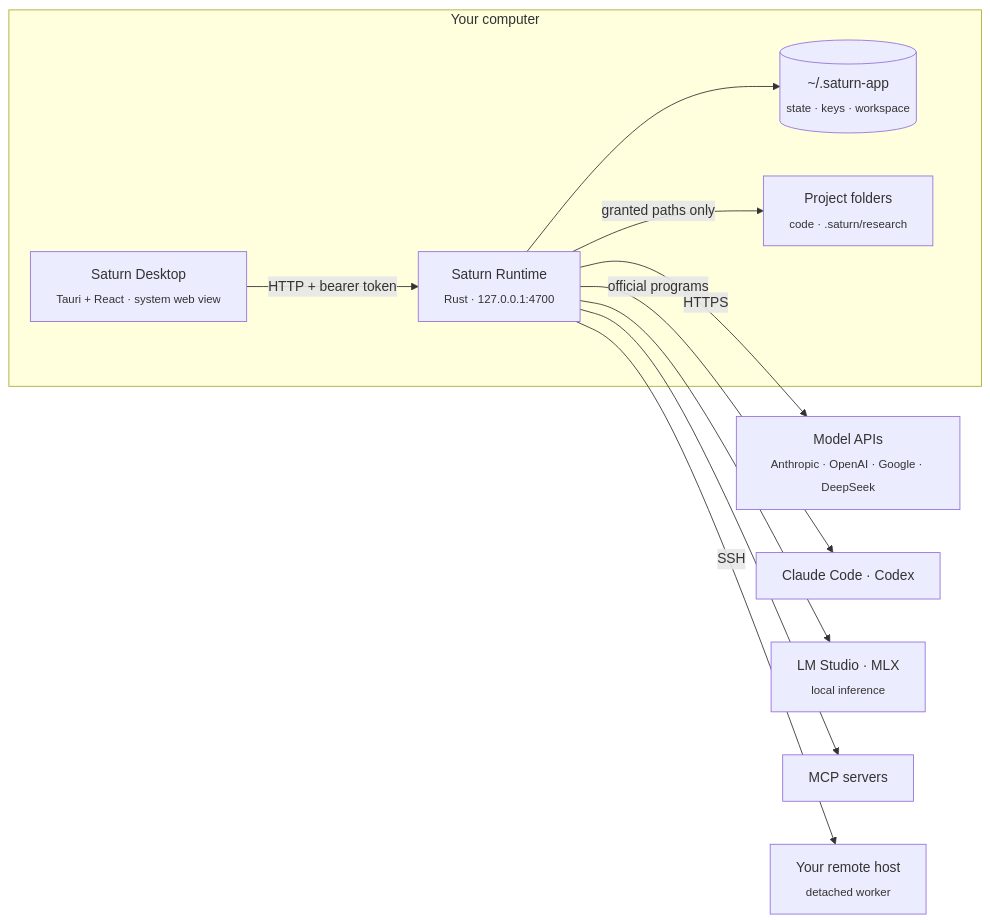
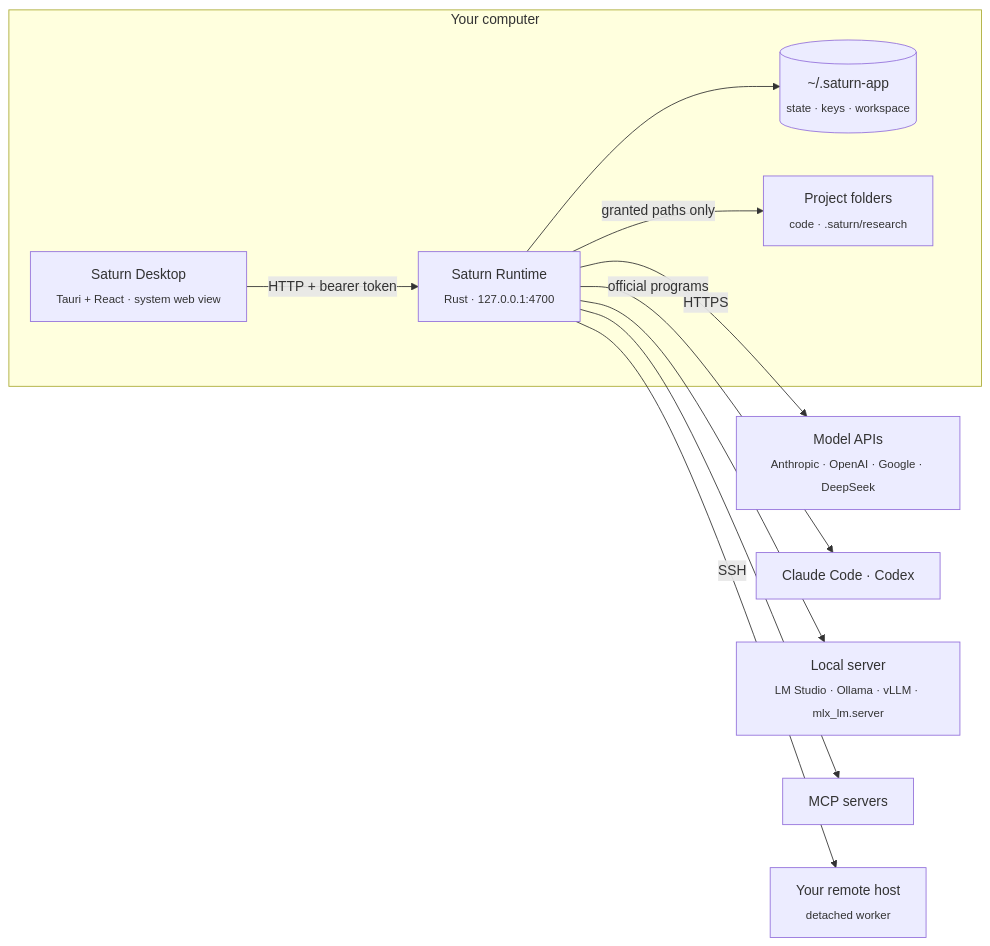
The diagram in README.md (Saturn-Technology-Project/Saturn-App), drawn with Mermaid before and after one commit. The commit also changed other lines of this file and 25 other files, not shown here.

First line of the commit message:
Local server: one provider for every model server on this computer, and MLX is part of it

````diff
--- a/README.md
+++ b/README.md
@@ -212,17 +212,17 @@
 ```mermaid
 flowchart LR
   subgraph Machine["Your computer"]
     D["Saturn Desktop<br/><sub>Tauri + React · system web view</sub>"]
     R["Saturn Runtime<br/><sub>Rust · 127.0.0.1:4700</sub>"]
     S[("~/.saturn-app<br/><sub>state · keys · workspace</sub>")]
     P["Project folders<br/><sub>code · .saturn/research</sub>"]
     D -- "HTTP + bearer token" --> R
     R --> S
     R -- "granted paths only" --> P
   end
   R -- "HTTPS" --> M["Model APIs<br/><sub>Anthropic · OpenAI · Google · DeepSeek</sub>"]
   R -- "official programs" --> C["Claude Code · Codex"]
-  R --> L["LM Studio · MLX<br/><sub>local inference</sub>"]
+  R --> L["Local server<br/><sub>LM Studio · Ollama · vLLM · mlx_lm.server</sub>"]
   R --> X["MCP servers"]
   R -- "SSH" --> H["Your remote host<br/><sub>detached worker</sub>"]
 ```
````
